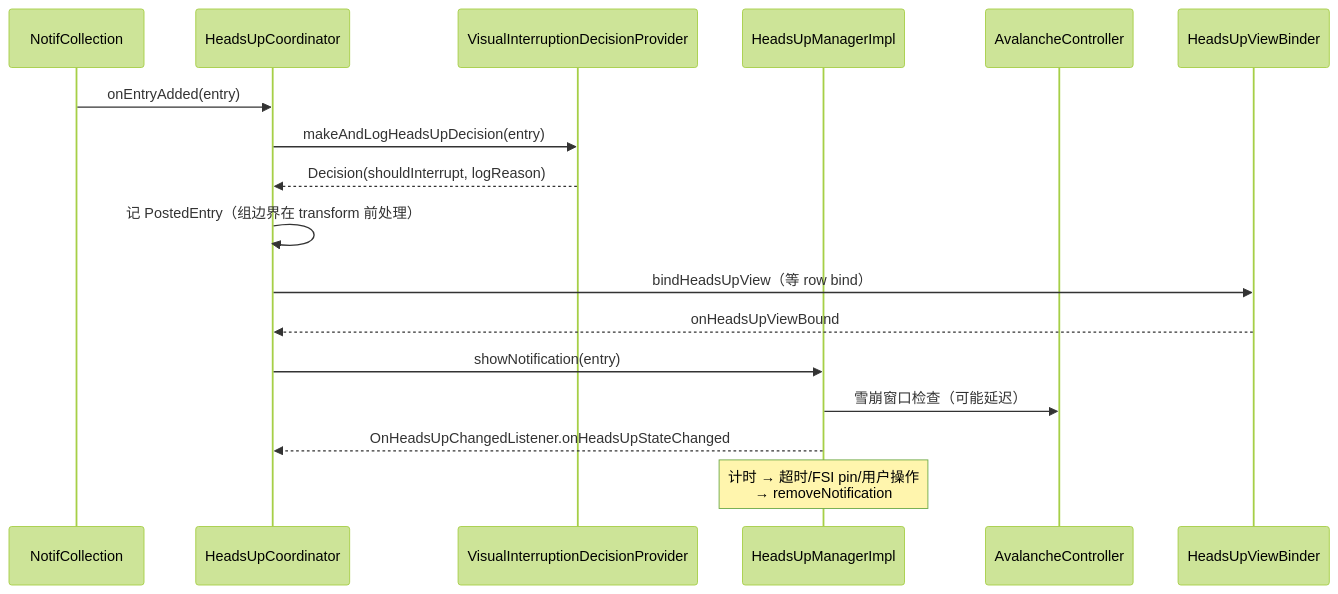
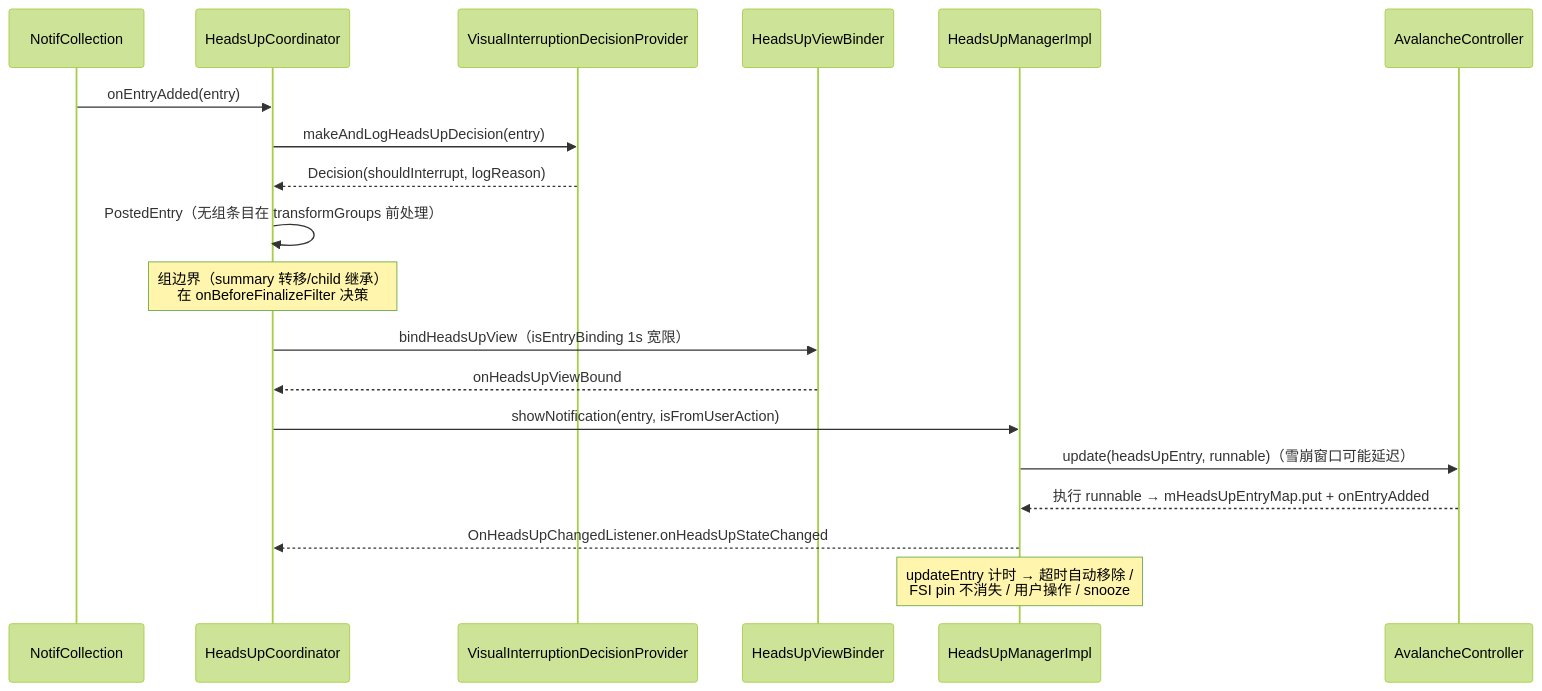
The diagram in docs/architecture/notifications/03-heads-up.md (chenpeigen2/SystemUI-Gradle), drawn with Mermaid (forest theme) before and after one commit. The commit also changed other lines of this file and 7 other files, not shown here.

````diff
--- a/docs/architecture/notifications/03-heads-up.md
+++ b/docs/architecture/notifications/03-heads-up.md
@@ -67,20 +160,22 @@
 ```mermaid
 sequenceDiagram
     participant COL as NotifCollection
     participant HUC as HeadsUpCoordinator
     participant VID as VisualInterruptionDecisionProvider
+    participant VB as HeadsUpViewBinder
     participant HUM as HeadsUpManagerImpl
     participant AV as AvalancheController
-    participant VB as HeadsUpViewBinder
 
     COL->>HUC: onEntryAdded(entry)
     HUC->>VID: makeAndLogHeadsUpDecision(entry)
     VID-->>HUC: Decision(shouldInterrupt, logReason)
-    HUC->>HUC: 记 PostedEntry（组边界在 transform 前处理）
-    HUC->>VB: bindHeadsUpView（等 row bind）
+    HUC->>HUC: PostedEntry（无组条目在 transformGroups 前处理）
+    Note over HUC: 组边界（summary 转移/child 继承）<br/>在 onBeforeFinalizeFilter 决策
+    HUC->>VB: bindHeadsUpView（isEntryBinding 1s 宽限）
     VB-->>HUC: onHeadsUpViewBound
-    HUC->>HUM: showNotification(entry)
-    HUM->>AV: 雪崩窗口检查（可能延迟）
+    HUC->>HUM: showNotification(entry, isFromUserAction)
+    HUM->>AV: update(headsUpEntry, runnable)（雪崩窗口可能延迟）
+    AV-->>HUM: 执行 runnable → mHeadsUpEntryMap.put + onEntryAdded
     HUM-->>HUC: OnHeadsUpChangedListener.onHeadsUpStateChanged
-    Note over HUM: 计时 → 超时/FSI pin/用户操作<br/>→ removeNotification
+    Note over HUM: updateEntry 计时 → 超时自动移除 /<br/>FSI pin 不消失 / 用户操作 / snooze
 ```
````
